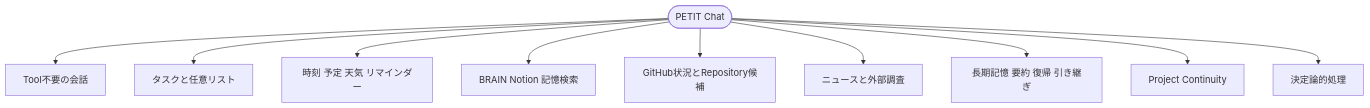
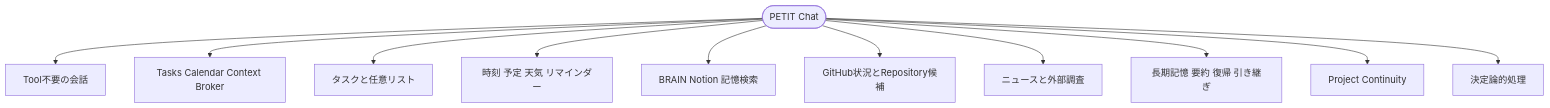
Before and after one commit to Soso2e/PETIT: diagram 13 of 14 in docs/runtime-flows.md, drawn with Mermaid. The commit also changed other lines of this file, not shown here.

````diff
--- a/docs/runtime-flows.md
+++ b/docs/runtime-flows.md
@@ -451,23 +474,25 @@
 ```mermaid
 flowchart TD
     chat([PETIT Chat])
     direct[Tool不要の会話]
+    context[Tasks Calendar Context Broker]
     tasks[タスクと任意リスト]
     cal[時刻 予定 天気 リマインダー]
     know[BRAIN Notion 記憶検索]
     git[GitHub状況とRepository候補]
     web[ニュースと外部調査]
     mem[長期記憶 要約 復帰 引き継ぎ]
     project[Project Continuity]
     deterministic[決定論的処理]
 
     chat --> direct
+    chat --> context
     chat --> tasks
     chat --> cal
     chat --> know
     chat --> git
     chat --> web
     chat --> mem
     chat --> project
     chat --> deterministic
 ```
````
